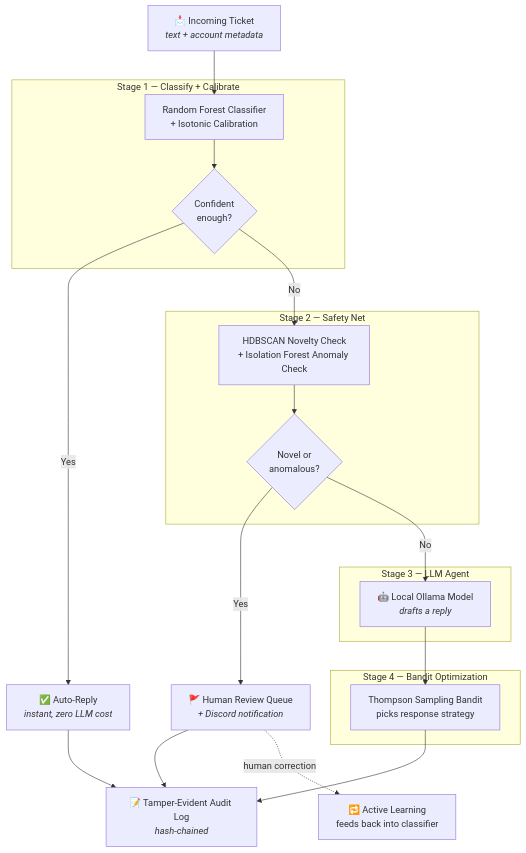
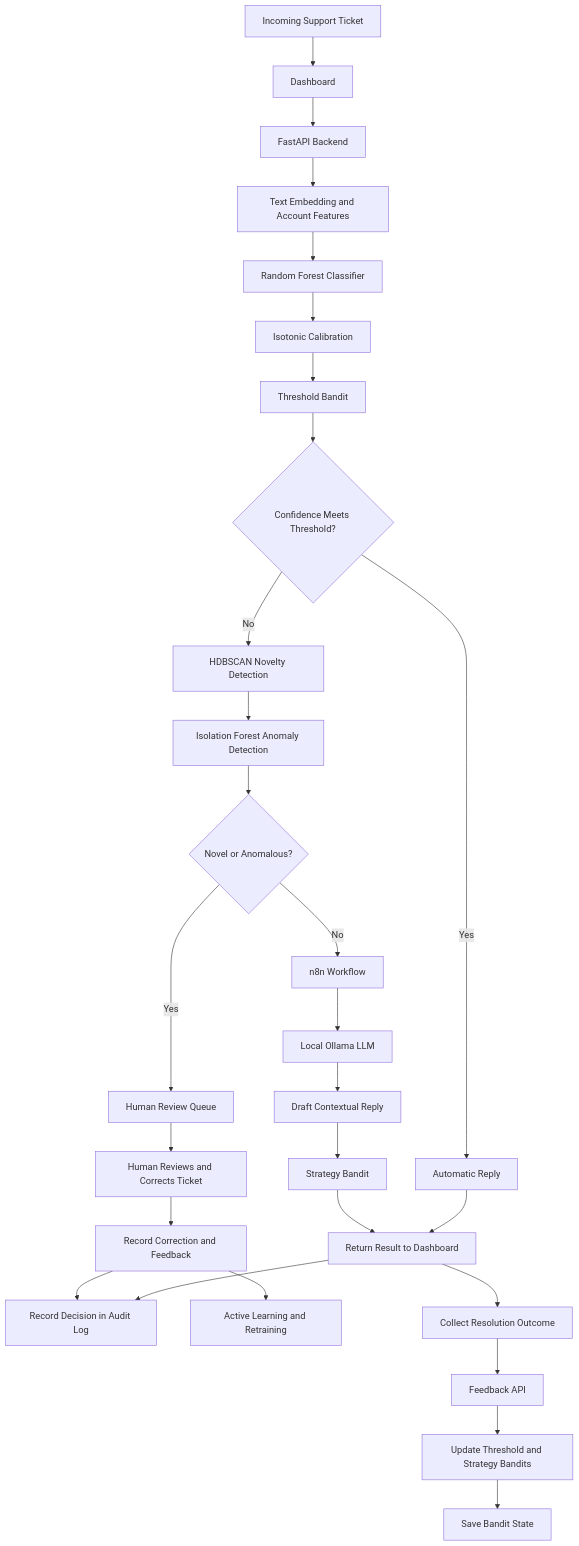
Before and after one commit to ksenghani16/Cascade: the first of 2 diagrams in README.md, drawn with Mermaid. The commit also changed other lines of this file, not shown here.

````diff
--- a/README.md
+++ b/README.md
@@ -30,38 +34,34 @@
 ```mermaid
 flowchart TD
-    A["📩 Incoming Ticket<br/><i>text + account metadata</i>"] --> B
+    A["Incoming Support Ticket"] --> B["Dashboard"]
+    B --> C["FastAPI Backend"]
+    C --> D["Text Embedding and Account Features"]
+    D --> E["Random Forest Classifier"]
+    E --> F["Isotonic Calibration"]
+    F --> G["Threshold Bandit"]
+    G --> H{"Confidence Meets Threshold?"}
 
-    subgraph S1["Stage 1 — Classify + Calibrate"]
-        B["Random Forest Classifier<br/>+ Isotonic Calibration"]
-        B --> C{"Confident<br/>enough?"}
-    end
+    H -->|Yes| I["Automatic Reply"]
+    H -->|No| J["HDBSCAN Novelty Detection"]
+    J --> K["Isolation Forest Anomaly Detection"]
+    K --> L{"Novel or Anomalous?"}
 
-    C -->|"Yes"| D["✅ Auto-Reply<br/><i>instant, zero LLM cost</i>"]
+    L -->|Yes| M["Human Review Queue"]
+    L -->|No| N["n8n Workflow"]
+    N --> O["Local Ollama LLM"]
+    O --> P["Draft Contextual Reply"]
+    P --> Q["Strategy Bandit"]
 
-    C -->|"No"| E
+    I --> R["Return Result to Dashboard"]
+    Q --> R
+    M --> S["Human Reviews and Corrects Ticket"]
+    S --> T["Record Correction and Feedback"]
 
-    subgraph S2["Stage 2 — Safety Net"]
-        E["HDBSCAN Novelty Check<br/>+ Isolation Forest Anomaly Check"]
-        E --> F{"Novel or<br/>anomalous?"}
-    end
-
-    F -->|"Yes"| G["🚩 Human Review Queue<br/><i>+ Discord notification</i>"]
-
-    F -->|"No"| H
-
-    subgraph S3["Stage 3 — LLM Agent"]
-        H["🤖 Local Ollama Model<br/><i>drafts a reply</i>"]
-    end
-
-    H --> I
-
-    subgraph S4["Stage 4 — Bandit Optimization"]
-        I["Thompson Sampling Bandit<br/>picks response strategy"]
-    end
-
-    D --> J["📝 Tamper-Evident Audit Log<br/><i>hash-chained</i>"]
-    G --> J
-    I --> J
-
-    G -.->|"human correction"| K["🔁 Active Learning<br/>feeds back into classifier"]
+    R --> U["Record Decision in Audit Log"]
+    T --> U
+    T --> V["Active Learning and Retraining"]
+    R --> W["Collect Resolution Outcome"]
+    W --> X["Feedback API"]
+    X --> Y["Update Threshold and Strategy Bandits"]
+    Y --> Z["Save Bandit State"]
 ```
````
